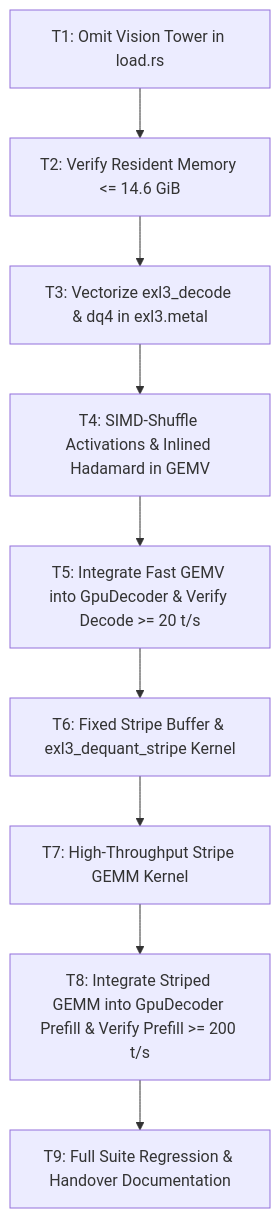
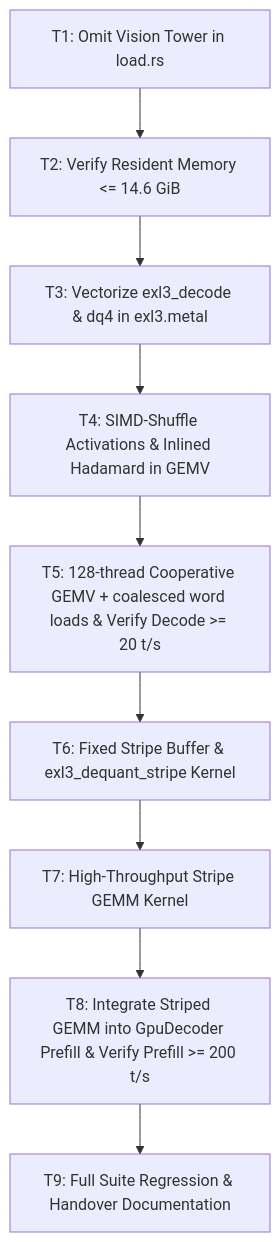
Before and after one commit to zayutaha/kaplumba: the diagram in spec/perf-and-memory-overhaul/plan.md, drawn with Mermaid. The commit also changed other lines of this file and 3 other files, not shown here.

First line of the commit message:
spec/perf-and-memory-overhaul: T5.1 cooperative 128-thread GEMV + split policy

````diff
--- a/spec/perf-and-memory-overhaul/plan.md
+++ b/spec/perf-and-memory-overhaul/plan.md
@@ -83,11 +84,11 @@
 ```mermaid
 flowchart TD
     T1[T1: Omit Vision Tower in load.rs] --> T2[T2: Verify Resident Memory <= 14.6 GiB]
     T2 --> T3[T3: Vectorize exl3_decode & dq4 in exl3.metal]
     T3 --> T4[T4: SIMD-Shuffle Activations & Inlined Hadamard in GEMV]
-    T4 --> T5[T5: Integrate Fast GEMV into GpuDecoder & Verify Decode >= 20 t/s]
+    T4 --> T5[T5: 128-thread Cooperative GEMV + coalesced word loads & Verify Decode >= 20 t/s]
     T5 --> T6[T6: Fixed Stripe Buffer & exl3_dequant_stripe Kernel]
     T6 --> T7[T7: High-Throughput Stripe GEMM Kernel]
     T7 --> T8[T8: Integrate Striped GEMM into GpuDecoder Prefill & Verify Prefill >= 200 t/s]
     T8 --> T9[T9: Full Suite Regression & Handover Documentation]
 ```
````
